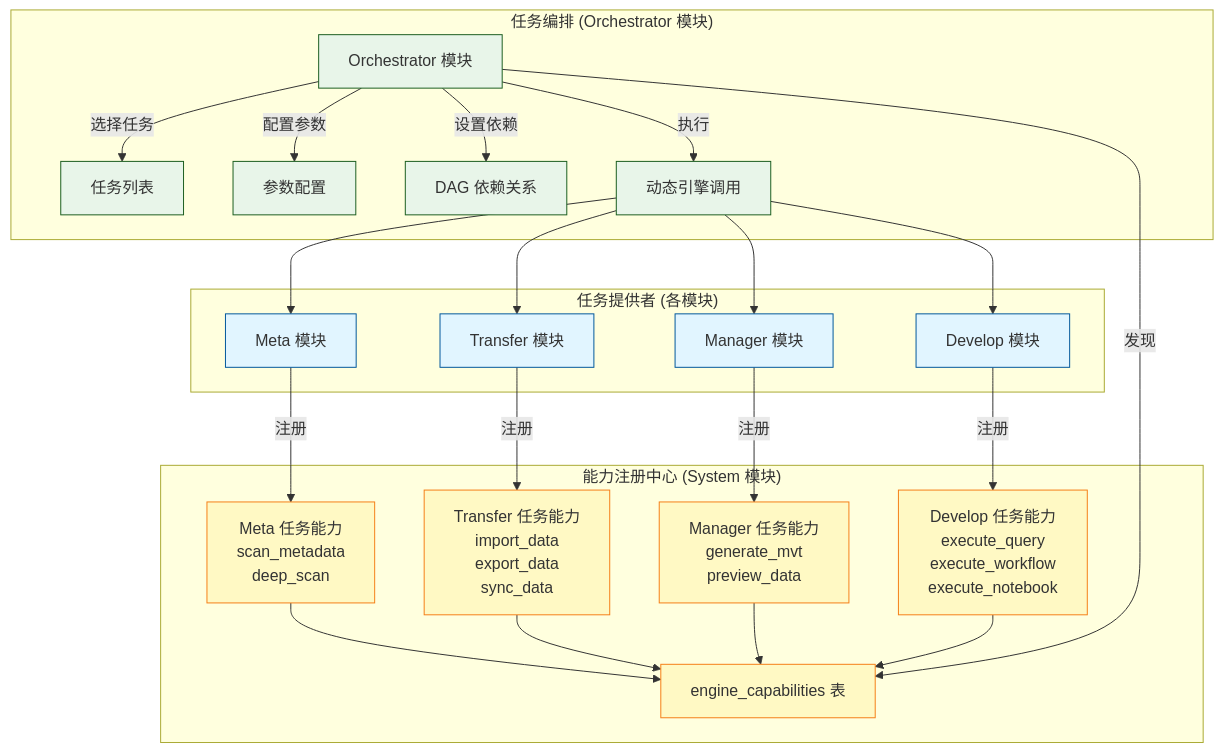
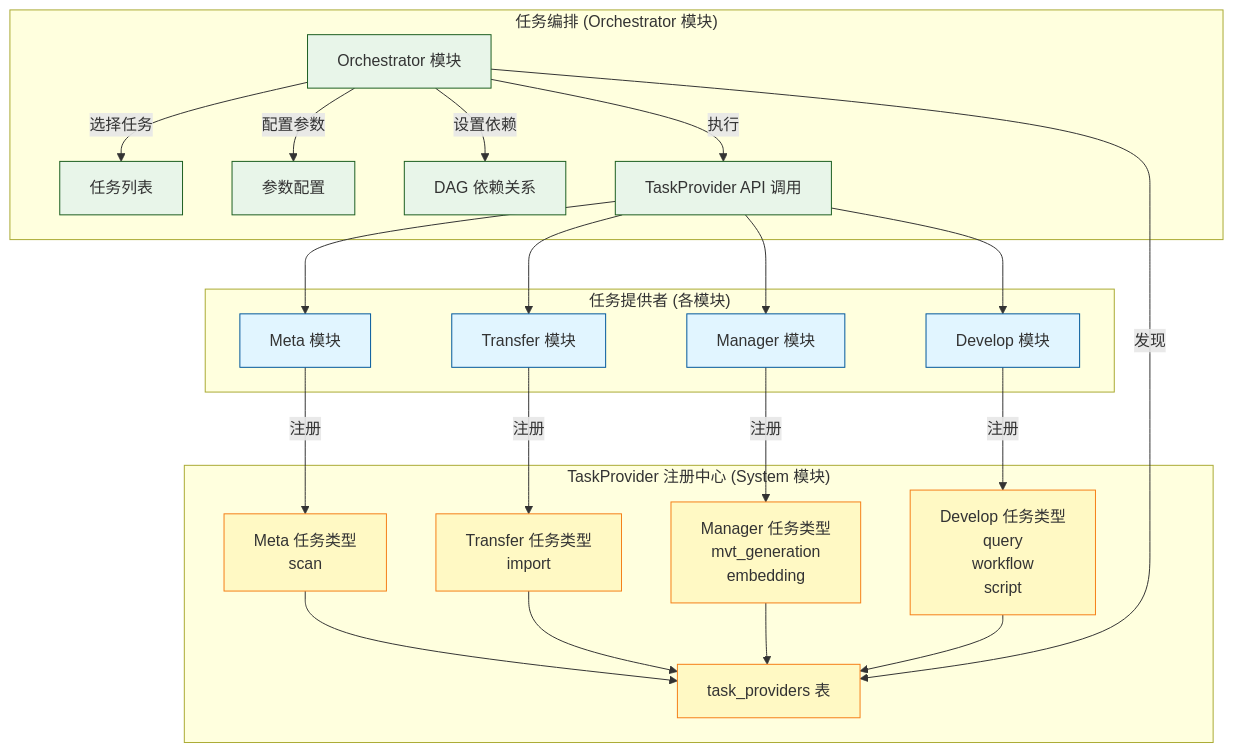
The first of 6 diagrams in docs/concepts/addp任务编排体系图.md (pampa0629/addp), drawn with Mermaid before and after one commit. The commit also changed other lines of this file and 282 other files, not shown here.

````diff
--- a/docs/concepts/addp任务编排体系图.md
+++ b/docs/concepts/addp任务编排体系图.md
@@ -35,43 +35,43 @@
 ```mermaid
 graph TB
     subgraph "任务提供者 (各模块)"
         Meta[Meta 模块]
         Transfer[Transfer 模块]
         Manager[Manager 模块]
         Develop[Develop 模块]
     end
 
-    subgraph "能力注册中心 (System 模块)"
-        Registry[engine_capabilities 表]
+    subgraph "TaskProvider 注册中心 (System 模块)"
+        Registry[task_providers 表]
 
-        Meta --> |注册| MetaCap[Meta 任务能力<br/>scan_metadata<br/>deep_scan]
-        Transfer --> |注册| TransferCap[Transfer 任务能力<br/>import_data<br/>export_data<br/>sync_data]
-        Manager --> |注册| ManagerCap[Manager 任务能力<br/>generate_mvt<br/>preview_data]
-        Develop --> |注册| DevelopCap[Develop 任务能力<br/>execute_query<br/>execute_workflow<br/>execute_notebook]
+        Meta --> |注册| MetaCap[Meta 任务类型<br/>scan]
+        Transfer --> |注册| TransferCap[Transfer 任务类型<br/>import]
+        Manager --> |注册| ManagerCap[Manager 任务类型<br/>mvt_generation<br/>embedding]
+        Develop --> |注册| DevelopCap[Develop 任务类型<br/>query<br/>workflow<br/>script]
 
         MetaCap & TransferCap & ManagerCap & DevelopCap --> Registry
     end
 
     subgraph "任务编排 (Orchestrator 模块)"
         Orchestrator[Orchestrator 模块]
 
         Orchestrator --> |发现| Registry
         Orchestrator --> |选择任务| Tasks[任务列表]
         Orchestrator --> |配置参数| Params[参数配置]
         Orchestrator --> |设置依赖| DAG[DAG 依赖关系]
-        Orchestrator --> |执行| Call[动态引擎调用]
+        Orchestrator --> |执行| Call[TaskProvider API 调用]
     end
 
     Call --> Meta
     Call --> Transfer
     Call --> Manager
     Call --> Develop
 
     classDef provider fill:#e1f5ff,stroke:#01579b
     classDef registry fill:#fff9c4,stroke:#f57f17
     classDef orchestrator fill:#e8f5e9,stroke:#1b5e20
 
     class Meta,Transfer,Manager,Develop provider
     class Registry,MetaCap,TransferCap,ManagerCap,DevelopCap registry
     class Orchestrator,Tasks,Params,DAG,Call orchestrator
 ```
````
